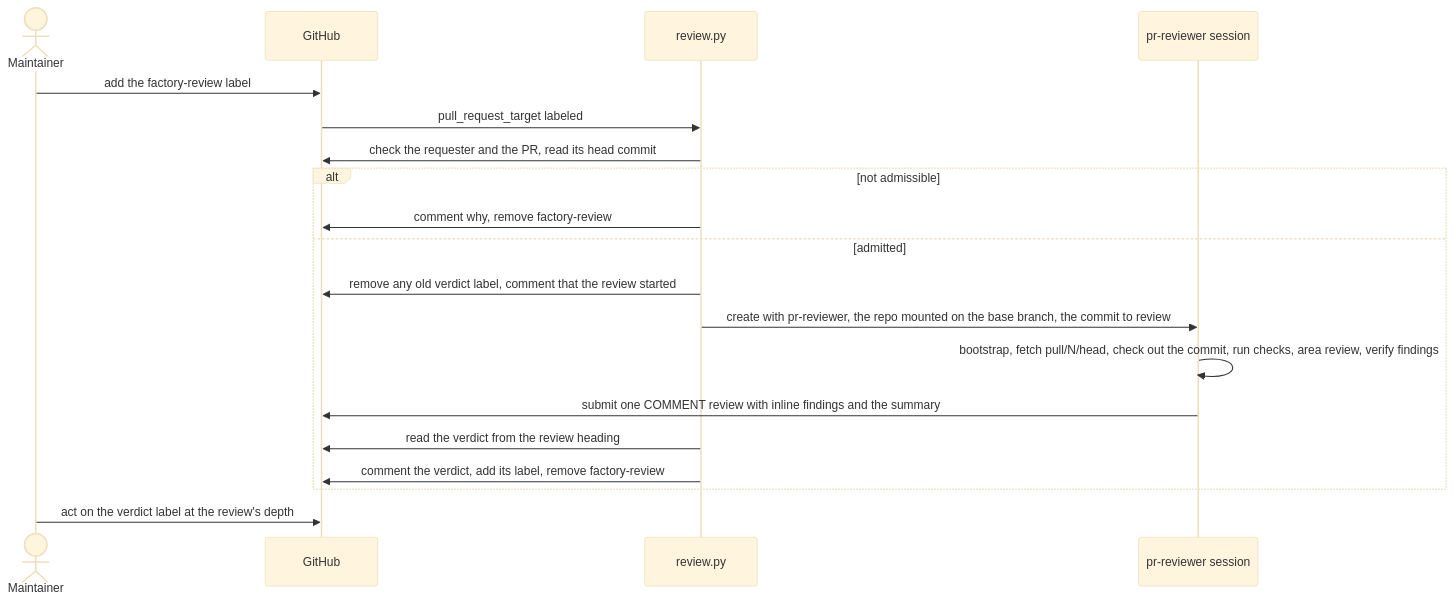
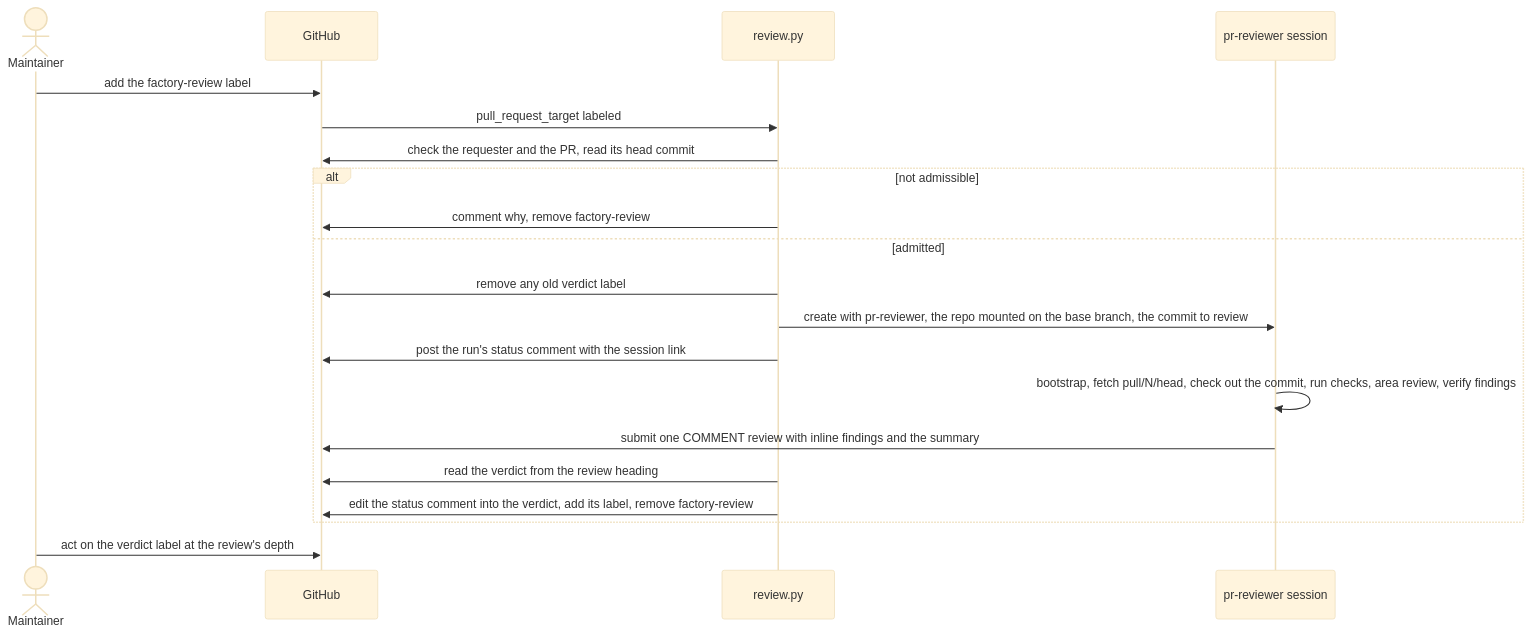
Before and after one commit to Arize-ai/phoenix: the third of 4 diagrams in factory/README.md, drawn with Mermaid (base theme). The commit also changed other lines of this file and 5 other files, not shown here.

First line of the commit message:
feat(factory): one status comment per run and a compact review scorecard

````diff
--- a/factory/README.md
+++ b/factory/README.md
@@ -160,22 +161,23 @@
 ```mermaid
 sequenceDiagram
   actor maintainer as Maintainer
   participant github as GitHub
   participant review as review.py
   participant session as pr-reviewer session
 
   maintainer->>github: add the factory-review label
   github->>review: pull_request_target labeled
   review->>github: check the requester and the PR, read its head commit
   alt not admissible
     review->>github: comment why, remove factory-review
   else admitted
-    review->>github: remove any old verdict label, comment that the review started
+    review->>github: remove any old verdict label
     review->>session: create with pr-reviewer, the repo mounted on the base branch, the commit to review
+    review->>github: post the run's status comment with the session link
     session->>session: bootstrap, fetch pull/N/head, check out the commit, run checks, area review, verify findings
     session->>github: submit one COMMENT review with inline findings and the summary
     review->>github: read the verdict from the review heading
-    review->>github: comment the verdict, add its label, remove factory-review
+    review->>github: edit the status comment into the verdict, add its label, remove factory-review
   end
   maintainer->>github: act on the verdict label at the review's depth
 ```
````
